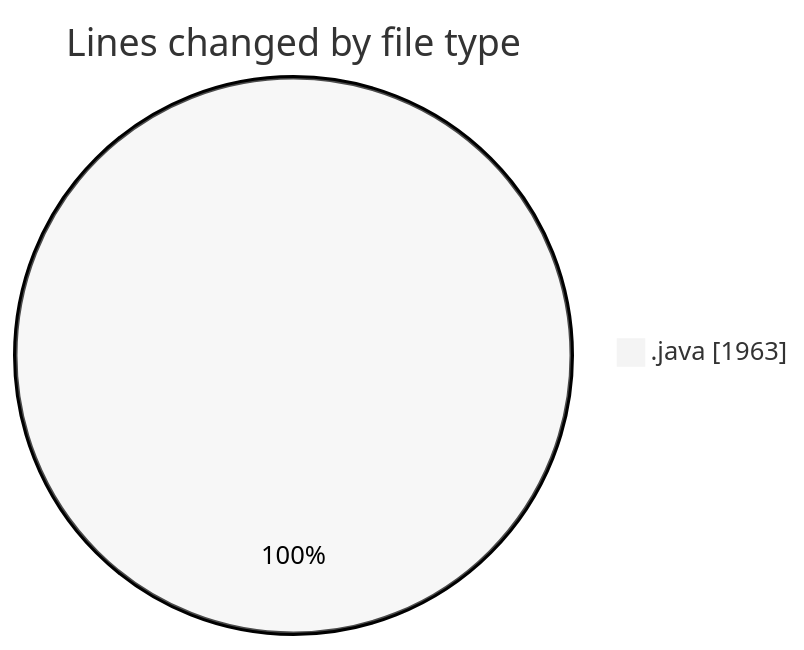
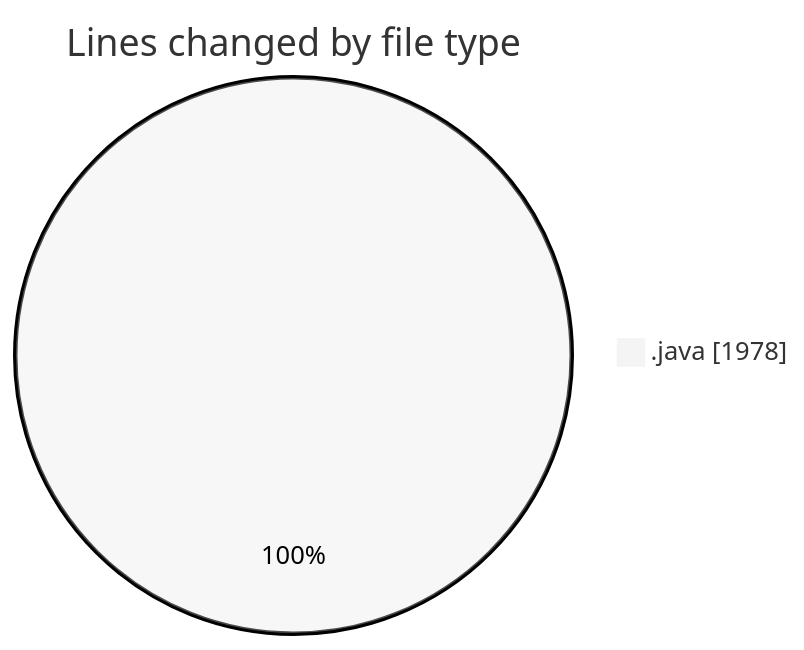
The first of 2 diagrams in 2026-04-23/cilapp/README.md (ricardozamudiocil/code-tracking), drawn with Mermaid (neutral theme) before and after one commit. The commit also changed other lines of this file and 1 other file, not shown here.

````diff
--- a/2026-04-23/cilapp/README.md
+++ b/2026-04-23/cilapp/README.md
@@ -30,5 +30,5 @@
 ```mermaid
 pie showData
 title Lines changed by file type
-".java" : 1963
+".java" : 1978
 ```
````
